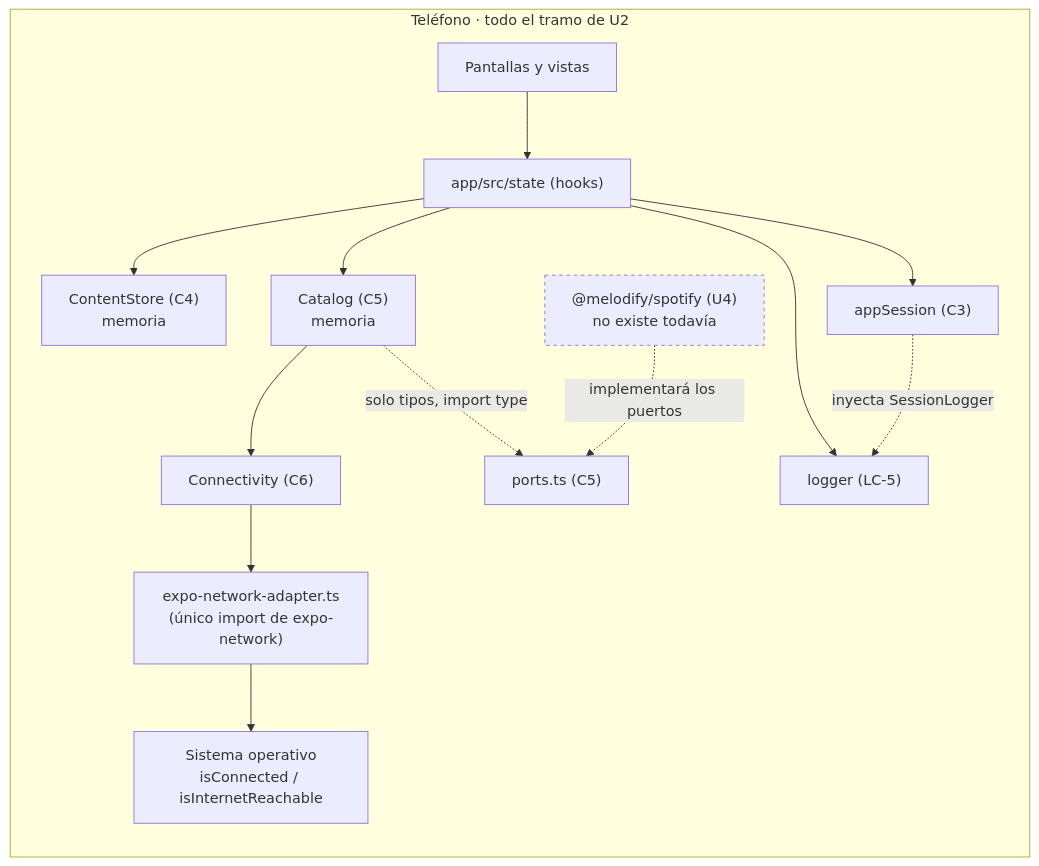
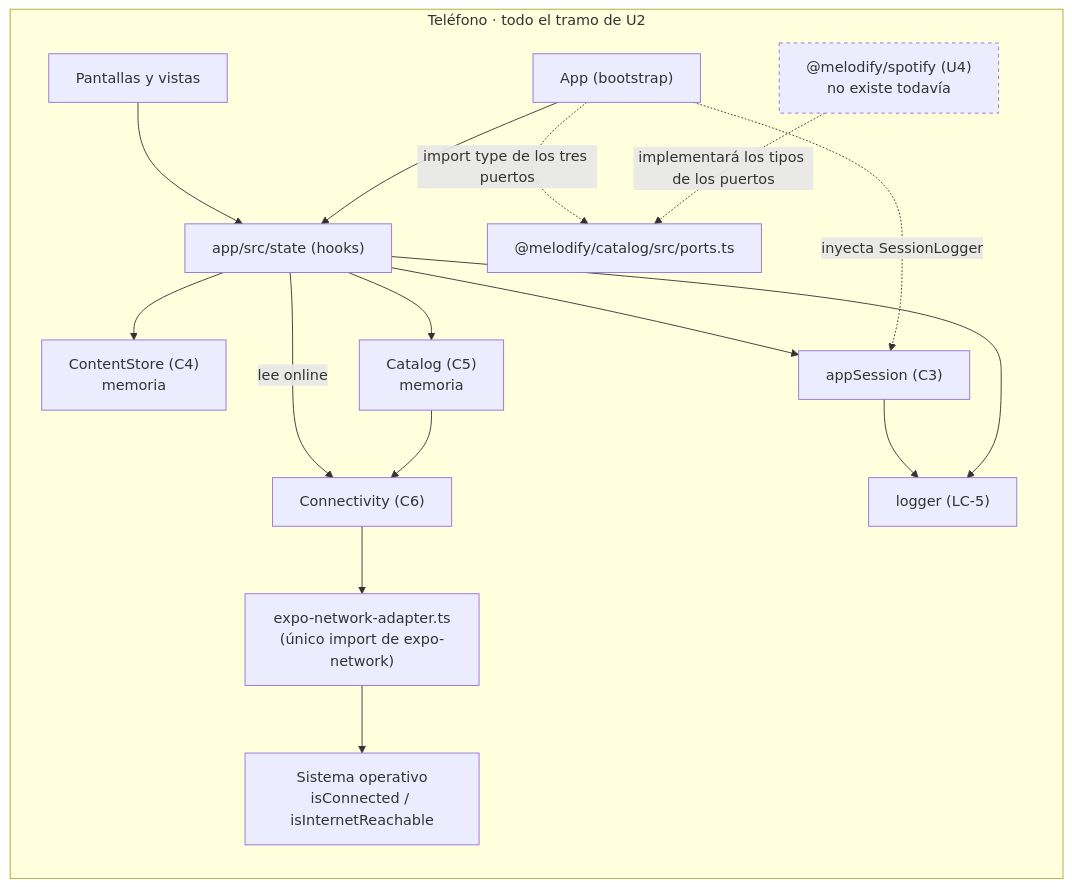
Before and after one commit to LTONA16/Melodify: the diagram in aidlc/spaces/default/intents/261105-melodify-mobile-app/construction/u2-content-core/nfr-design/security-design.md, drawn with Mermaid. The commit also changed other lines of this file and 47 other files, not shown here.

````diff
--- a/aidlc/spaces/default/intents/261105-melodify-mobile-app/construction/u2-content-core/nfr-design/security-design.md
+++ b/aidlc/spaces/default/intents/261105-melodify-mobile-app/construction/u2-content-core/nfr-design/security-design.md
@@ -8,17 +8,20 @@
 ```mermaid
 graph LR
     subgraph Device["Teléfono · todo el tramo de U2"]
         Screens["Pantallas y vistas"] --> Hooks["app/src/state (hooks)"]
         Hooks --> Store["ContentStore (C4)<br/>memoria"]
         Hooks --> Catalog["Catalog (C5)<br/>memoria"]
         Hooks --> Session["appSession (C3)"]
-        Catalog --> Net["Connectivity (C6)"]
+        Hooks -->|lee online| Net["Connectivity (C6)"]
+        Catalog --> Net
         Net --> NetAdapter["expo-network-adapter.ts<br/>(único import de expo-network)"]
         NetAdapter --> OS["Sistema operativo<br/>isConnected / isInternetReachable"]
-        Catalog -.->|solo tipos, import type| Ports["ports.ts (C5)"]
-        Hooks --> Logger["logger (LC-5)"]
-        Session -.->|inyecta SessionLogger| Logger
-        Spotify["@melodify/spotify (U4)<br/>no existe todavía"]:::future -.->|implementará los puertos| Ports
+        Bootstrap["App (bootstrap)"] --> Hooks
+        Bootstrap -.->|import type de los tres puertos| PortTypes["@melodify/catalog/src/ports.ts"]
+        Bootstrap -.->|inyecta SessionLogger| Session
+        Session --> Logger["logger (LC-5)"]
+        Hooks --> Logger
+        Spotify["@melodify/spotify (U4)<br/>no existe todavía"]:::future -.->|implementará los tipos de los puertos| PortTypes
     end
     classDef future stroke-dasharray: 4 4;
 ```
````
